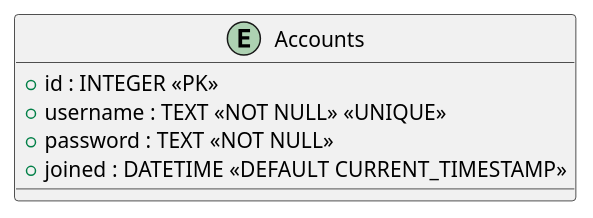
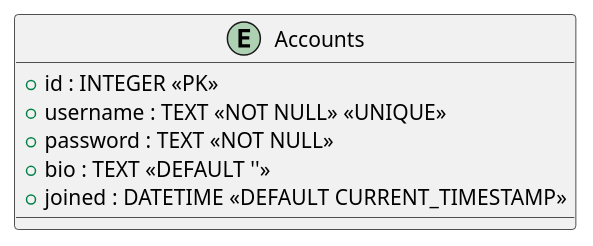
The diagram in doc/diagrams/accountsdb.puml (IUS-CS/project-localfinds), drawn with PlantUML before and after one commit. The commit also changed 3 other files, not shown here.

```diff
--- a/doc/diagrams/accountsdb.puml
+++ b/doc/diagrams/accountsdb.puml
@@ -1,10 +1,11 @@
 @startuml accountsdb
 
 entity Accounts {
   +id : INTEGER <<PK>>
   +username : TEXT <<NOT NULL>> <<UNIQUE>>
   +password : TEXT <<NOT NULL>>
+  +bio : TEXT <<DEFAULT ''>>
   +joined : DATETIME <<DEFAULT CURRENT_TIMESTAMP>>
 }
 
 @enduml
```
